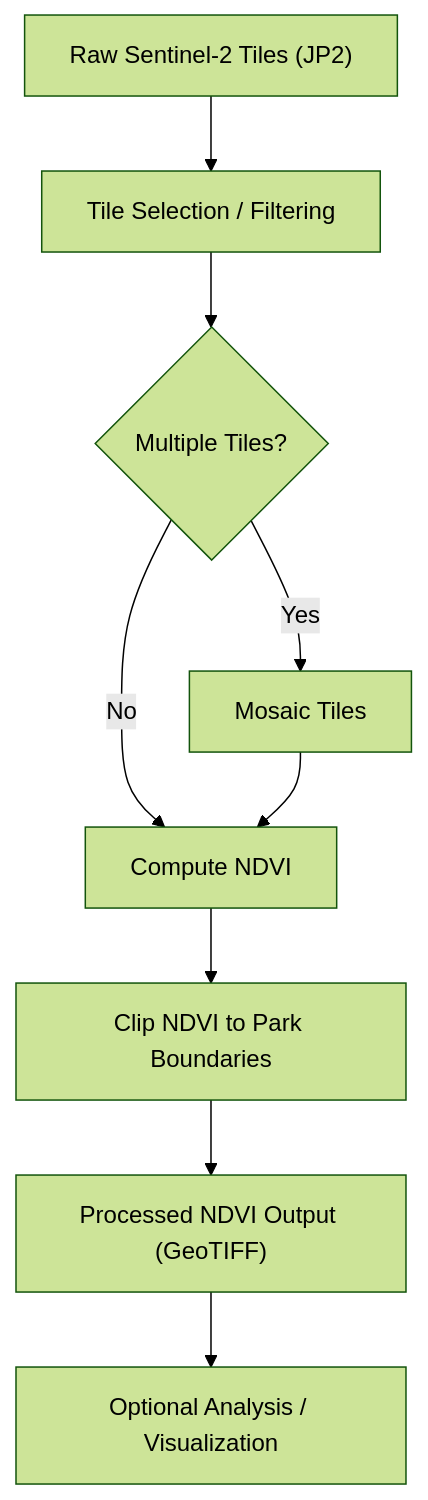
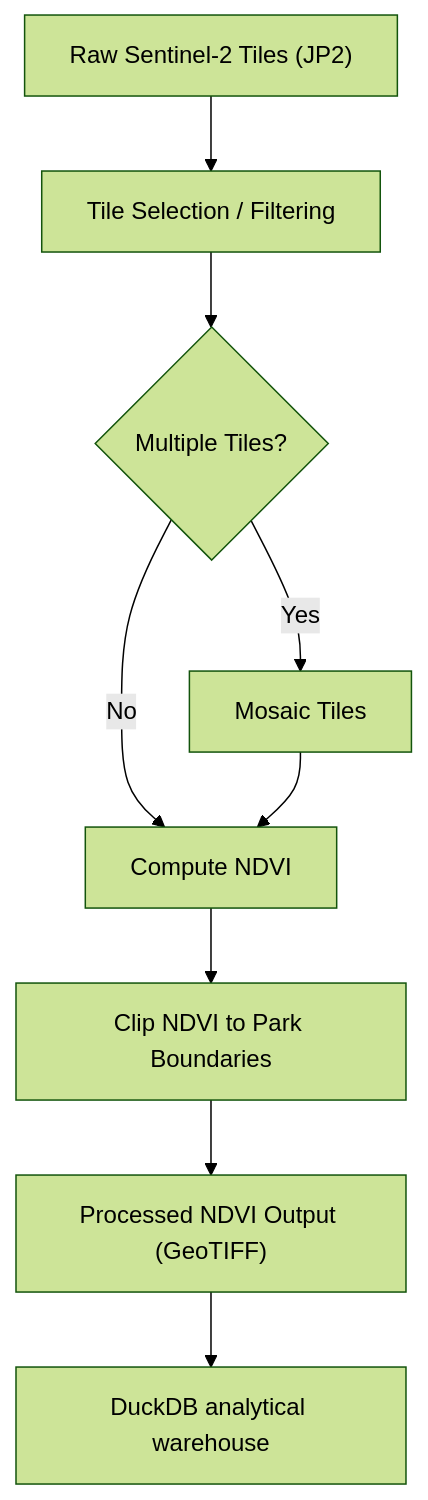
Before and after one commit to jkf735/satellite_ndvi_pipeline: the diagram in README.md, drawn with Mermaid (forest theme). The commit also changed other lines of this file and 25 other files, not shown here.

````diff
--- a/README.md
+++ b/README.md
@@ -21,11 +23,11 @@
 ```mermaid
 flowchart TD
     A["Raw Sentinel-2 Tiles (JP2)"] --> B[Tile Selection / Filtering]
     B --> C{Multiple Tiles?}
     C -- Yes --> D[Mosaic Tiles]
     C -- No --> E
     D --> E[Compute NDVI]
     E --> F[Clip NDVI to Park Boundaries]
     F --> G["Processed NDVI Output (GeoTIFF)"]
-    G --> H[Optional Analysis / Visualization]
+    G --> H[DuckDB analytical warehouse]
 ```
````
